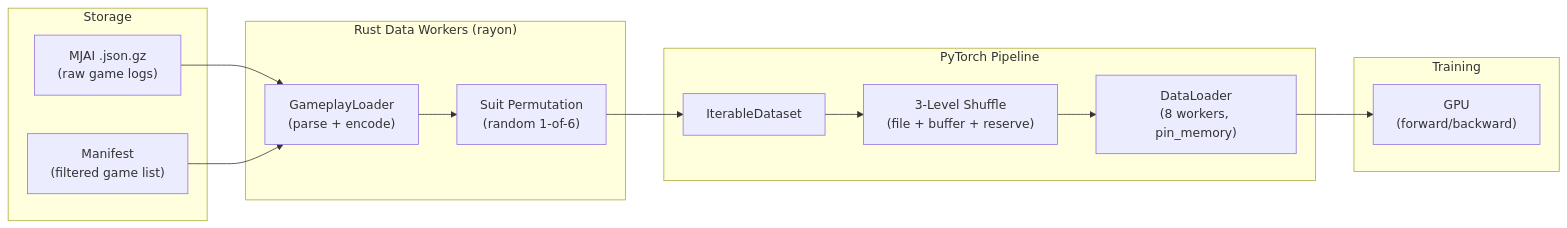
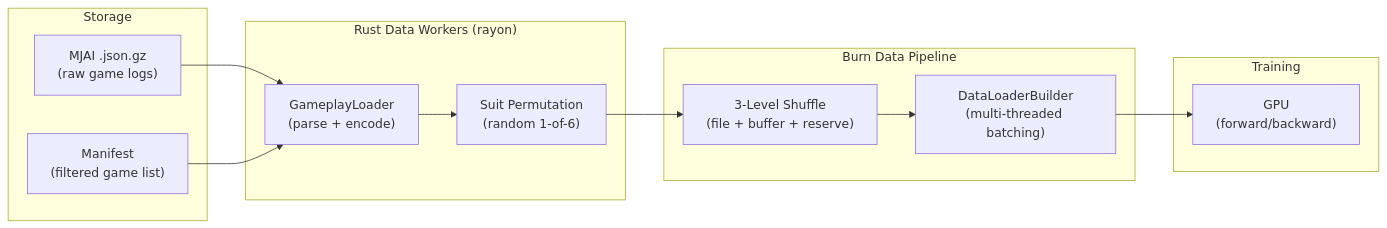
One commit to NikkeTryHard/hydra changed the fourth of 7 diagrams in research/INFRASTRUCTURE.md. Above: the diagram before and after it, drawn with Mermaid. The commit also changed other lines of this file and 6 other files, not shown here.

````diff
--- a/research/INFRASTRUCTURE.md
+++ b/research/INFRASTRUCTURE.md
@@ -264,30 +256,28 @@
 ```mermaid
 graph LR
     subgraph "Storage"
         LOGS["MJAI .json.gz\n(raw game logs)"]
         MANIFEST["Manifest\n(filtered game list)"]
     end
 
     subgraph "Rust Data Workers (rayon)"
         LOADER["GameplayLoader\n(parse + encode)"]
         AUG["Suit Permutation\n(random 1-of-6)"]
     end
 
-    subgraph "PyTorch Pipeline"
-        IDS["IterableDataset"]
-        DL["DataLoader\n(8 workers, pin_memory)"]
+    subgraph "Burn Data Pipeline"
+        DLB["DataLoaderBuilder\n(multi-threaded batching)"]
         SHUFFLE["3-Level Shuffle\n(file + buffer + reserve)"]
     end
 
     subgraph "Training"
         GPU["GPU\n(forward/backward)"]
     end
 
     LOGS --> LOADER
     MANIFEST --> LOADER
     LOADER --> AUG
-    AUG --> IDS
-    IDS --> SHUFFLE
-    SHUFFLE --> DL
-    DL --> GPU
+    AUG --> SHUFFLE
+    SHUFFLE --> DLB
+    DLB --> GPU
 ```
````
